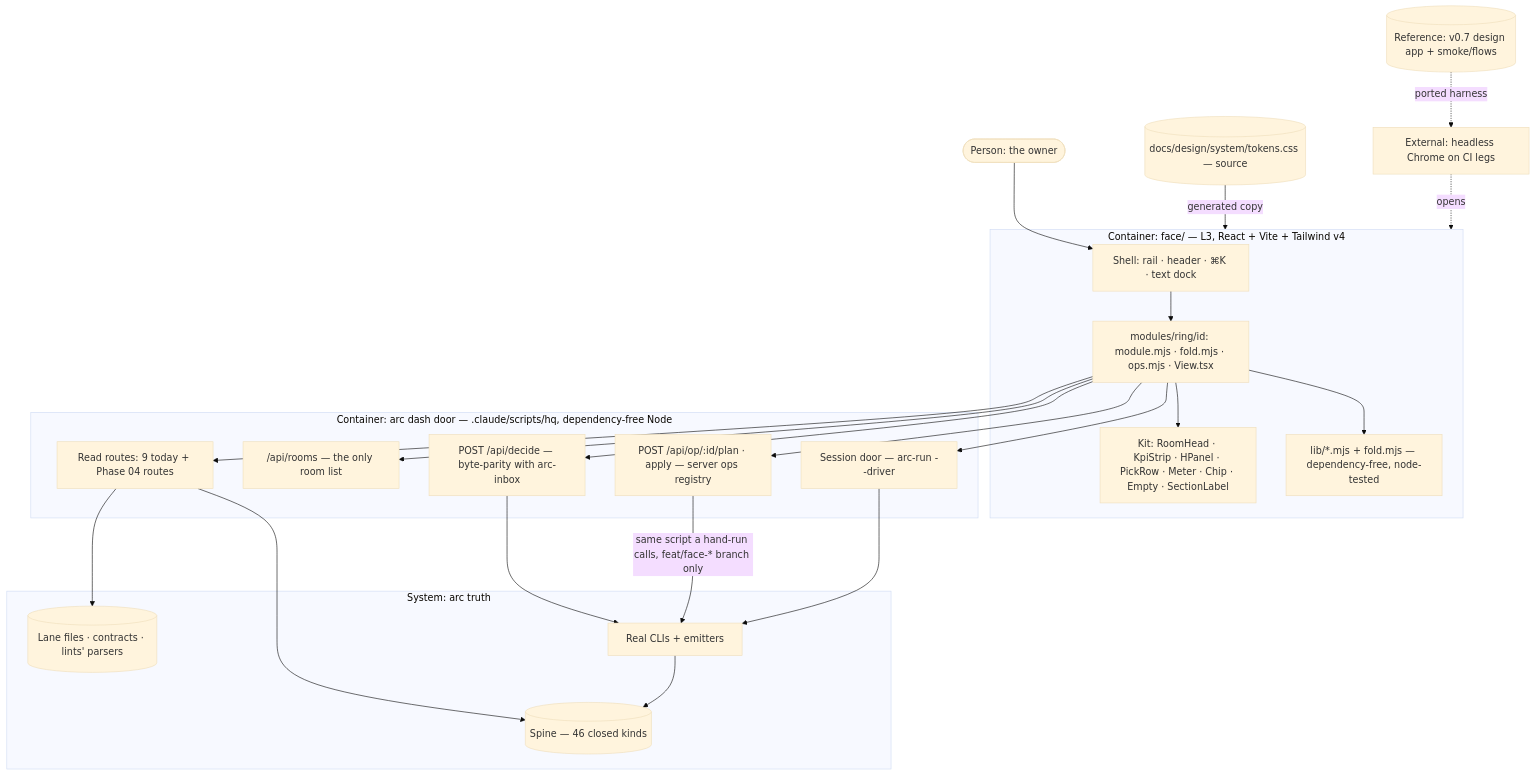
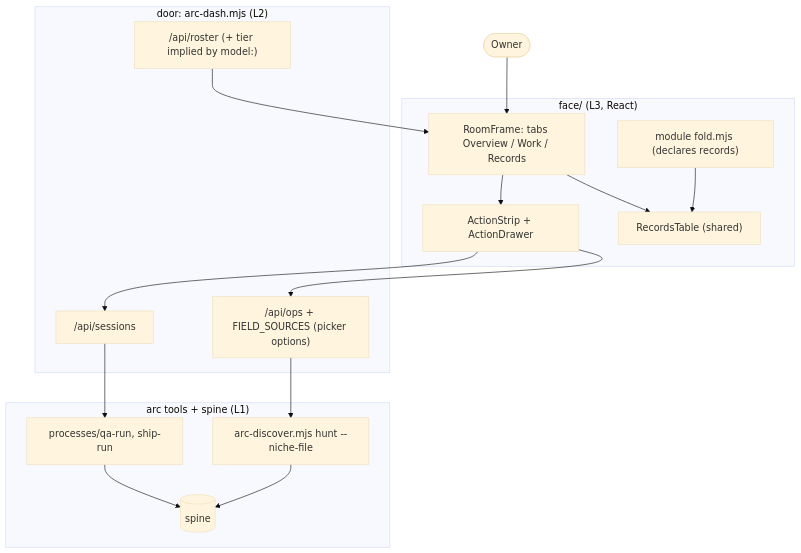
The diagram in initiatives/face/PLAN.md (technology-ashiq/arc), drawn with Mermaid (base theme) before and after one commit. The commit also changed other lines of this file and 245 other files, not shown here.

First line of the commit message:
docs(face): Cycle 17 kickoff -- Hands First parts 2-4 (Tier M, 7.5d) (#450)

````diff
--- a/initiatives/face/PLAN.md
+++ b/initiatives/face/PLAN.md
@@ -159,36 +105,31 @@
 ```mermaid
 flowchart TB
-  owner([Person: the owner])
-  subgraph L3 [Container: face/ — L3, React + Vite + Tailwind v4]
-    shell[Shell: rail · header · ⌘K · text dock]
-    kit[Kit: RoomHead · KpiStrip · HPanel · PickRow · Meter · Chip · Empty · SectionLabel]
-    mods[modules/ring/id: module.mjs · fold.mjs · ops.mjs · View.tsx]
-    lib[lib/*.mjs + fold.mjs — dependency-free, node-tested]
+  owner([Owner])
+  subgraph L3["face/ (L3, React)"]
+    frame["RoomFrame: tabs Overview / Work / Records"]
+    strip["ActionStrip + ActionDrawer"]
+    records["RecordsTable (shared)"]
+    folds["module fold.mjs (declares records)"]
   end
-  subgraph L2 [Container: arc dash door — .claude/scripts/hq, dependency-free Node]
-    read[Read routes: 9 today + Phase 04 routes]
-    rooms["/api/rooms — the only room list"]
-    decide[POST /api/decide — byte-parity with arc-inbox]
-    work[POST /api/op/:id/plan · apply — server ops registry]
-    session[Session door — arc-run --driver]
+  subgraph L2["door: arc-dash.mjs (L2)"]
+    ops["/api/ops + FIELD_SOURCES (picker options)"]
+    sessions["/api/sessions"]
+    roster["/api/roster (+ tier implied by model:)"]
   end
-  subgraph L1 [System: arc truth]
-    spine[(Spine — 46 closed kinds)]
-    files[(Lane files · contracts · lints' parsers)]
-    clis[Real CLIs + emitters]
+  subgraph L1["arc tools + spine (L1)"]
+    procs["processes/qa-run, ship-run"]
+    discover["arc-discover.mjs hunt --niche-file"]
+    spine[(spine)]
   end
-  tokens[(docs/design/system/tokens.css — source)]
-  ref[(Reference: v0.7 design app + smoke/flows)]
-  chrome[External: headless Chrome on CI legs]
-  owner --> shell --> mods
-  mods --> kit
-  mods --> lib
-  tokens -- generated copy --> L3
-  mods --> read & rooms & decide & work & session
-  read --> spine & files
-  decide --> clis
-  work -- same script a hand-run calls, feat/face-* branch only --> clis
-  session --> clis
-  clis --> spine
-  ref -. ported harness .-> chrome -. opens .-> L3
+  owner --> frame
+  frame --> strip
+  frame --> records
+  folds --> records
+  strip --> ops
+  strip --> sessions
+  ops --> discover
+  sessions --> procs
+  procs --> spine
+  discover --> spine
+  roster --> frame
 ```
````
